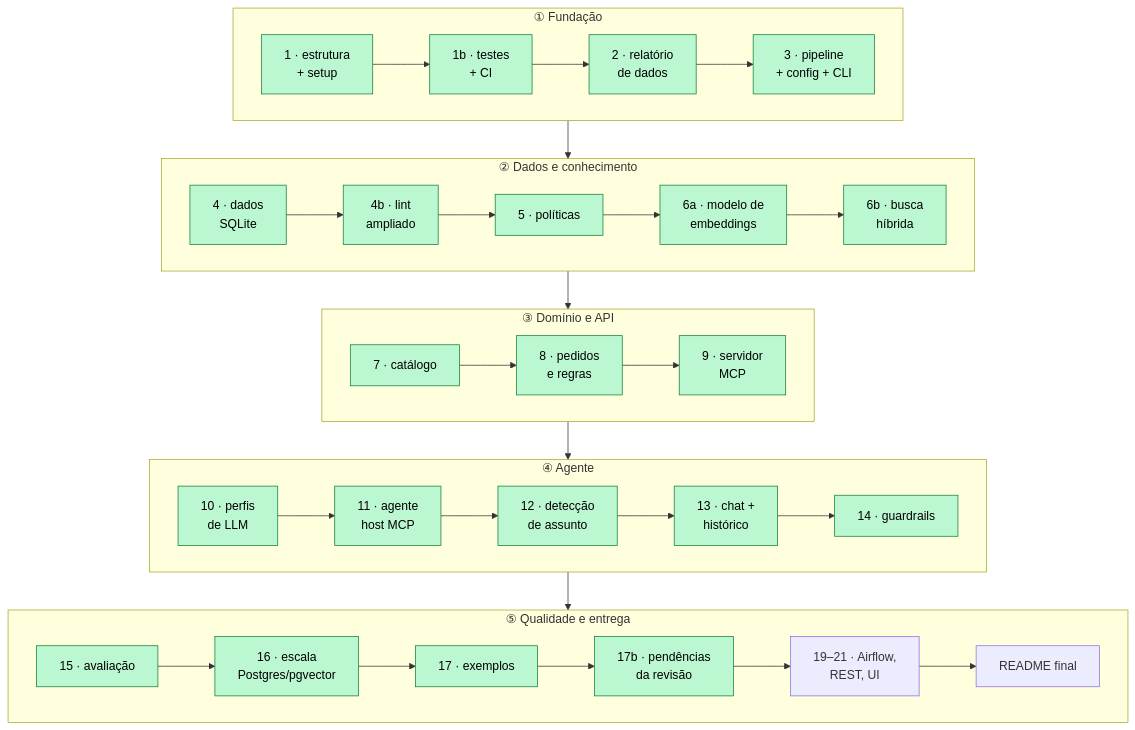
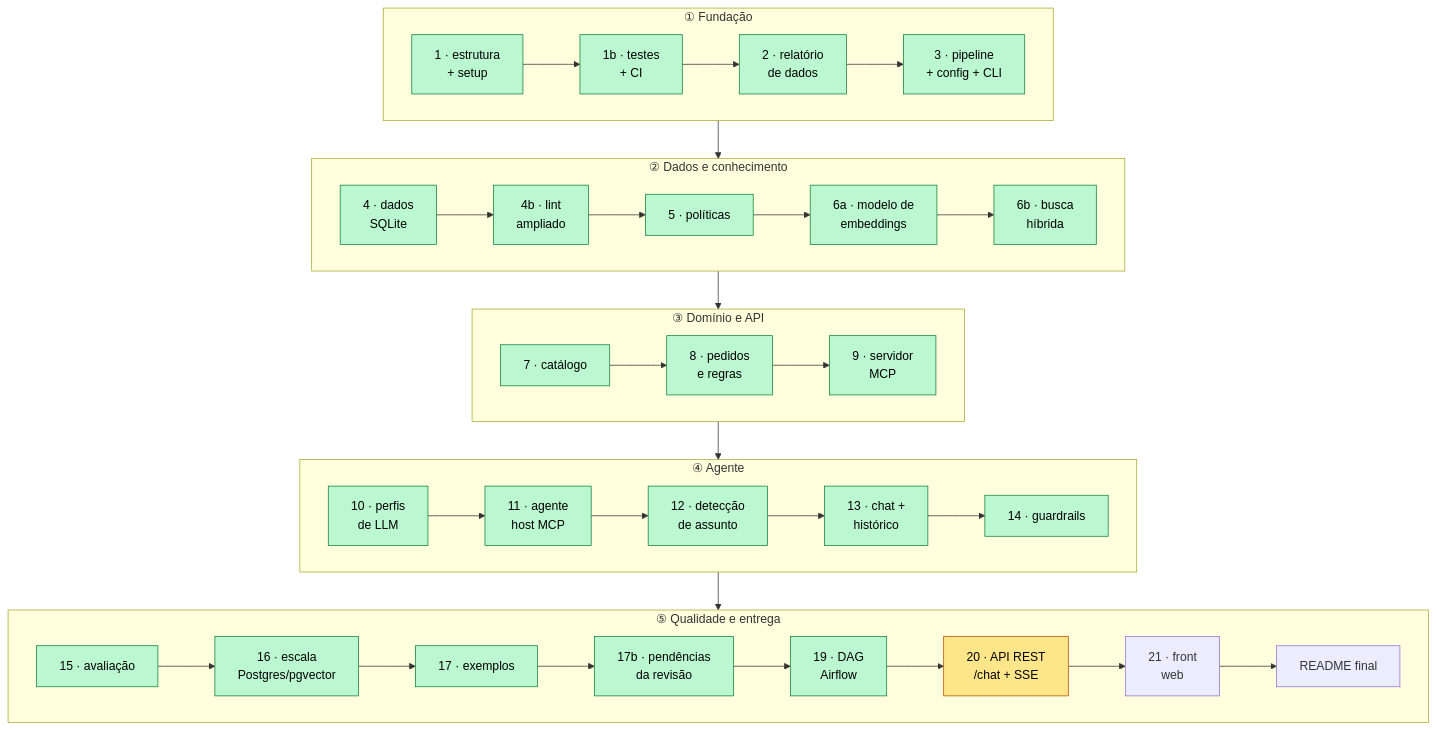
Before and after one commit to RonildoSilva/ai-engineer-challenge: diagram 22 of 22 in README.md, drawn with Mermaid. The commit also changed other lines of this file and 4 other files, not shown here.

First line of the commit message:
feat(pipeline): template de DAG do Airflow gerado a partir das etapas

````diff
--- a/README.md
+++ b/README.md
@@ -1030,26 +1049,26 @@
 ```mermaid
 flowchart TD
     subgraph F1["① Fundação"]
         direction LR
         C1["1 · estrutura<br/>+ setup"]:::done --> C1b["1b · testes<br/>+ CI"]:::done --> C2["2 · relatório<br/>de dados"]:::done --> C3["3 · pipeline<br/>+ config + CLI"]:::done
     end
     subgraph F2["② Dados e conhecimento"]
         direction LR
         C4["4 · dados<br/>SQLite"]:::done --> C4b["4b · lint<br/>ampliado"]:::done --> C5["5 · políticas"]:::done --> C6a["6a · modelo de<br/>embeddings"]:::done --> C6b["6b · busca<br/>híbrida"]:::done
     end
     subgraph F3["③ Domínio e API"]
         direction LR
         C7["7 · catálogo"]:::done --> C8["8 · pedidos<br/>e regras"]:::done --> C9["9 · servidor<br/>MCP"]:::done
     end
     subgraph F4["④ Agente"]
         direction LR
         C10["10 · perfis<br/>de LLM"]:::done --> C11["11 · agente<br/>host MCP"]:::done --> C12["12 · detecção<br/>de assunto"]:::done --> C13["13 · chat +<br/>histórico"]:::done --> C14["14 · guardrails"]:::done
     end
     subgraph F5["⑤ Qualidade e entrega"]
         direction LR
-        C15["15 · avaliação"]:::done --> C16["16 · escala<br/>Postgres/pgvector"]:::done --> C17["17 · exemplos"]:::done --> C17b["17b · pendências<br/>da revisão"]:::done --> CX["19–21 · Airflow,<br/>REST, UI"] --> C18["README final"]
+        C15["15 · avaliação"]:::done --> C16["16 · escala<br/>Postgres/pgvector"]:::done --> C17["17 · exemplos"]:::done --> C17b["17b · pendências<br/>da revisão"]:::done --> C19["19 · DAG<br/>Airflow"]:::done --> C20["20 · API REST<br/>/chat + SSE"]:::next --> C21["21 · front<br/>web"] --> C18["README final"]
     end
     F1 --> F2 --> F3 --> F4 --> F5
     classDef next fill:#fde68a,stroke:#b45309,color:#000
     classDef done fill:#bbf7d0,stroke:#15803d,color:#000
 ```
````
